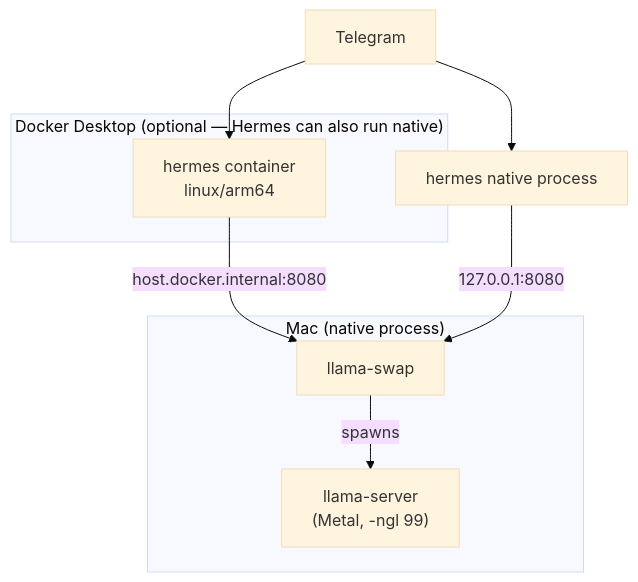
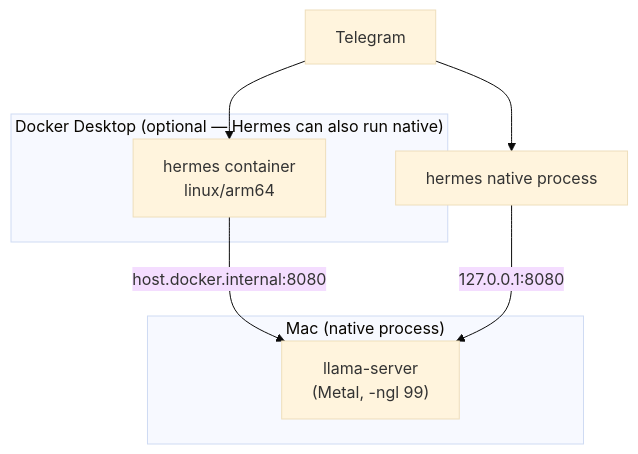
The second of 6 diagrams in docs/ARCHITECTURE.md (ka8t/Hermes), drawn with Mermaid (base theme) before and after one commit. The commit also changed other lines of this file and 18 other files, not shown here.

````diff
--- a/docs/ARCHITECTURE.md
+++ b/docs/ARCHITECTURE.md
@@ -81,15 +92,15 @@
 ```mermaid
 graph TB
     subgraph Mac["Mac (native process)"]
-        LSm[llama-swap] -->|spawns| LCm["llama-server<br/>(Metal, -ngl 99)"]
+        LCm["llama-server<br/>(Metal, -ngl 99)"]
     end
     subgraph DockerD["Docker Desktop (optional — Hermes can also run native)"]
         Hd[hermes container<br/>linux/arm64]
     end
     Hn[hermes native process]
 
     TGm[Telegram] --> Hd
     TGm --> Hn
-    Hd -->|host.docker.internal:8080| LSm
-    Hn -->|127.0.0.1:8080| LSm
+    Hd -->|host.docker.internal:8080| LCm
+    Hn -->|127.0.0.1:8080| LCm
 ```
````
